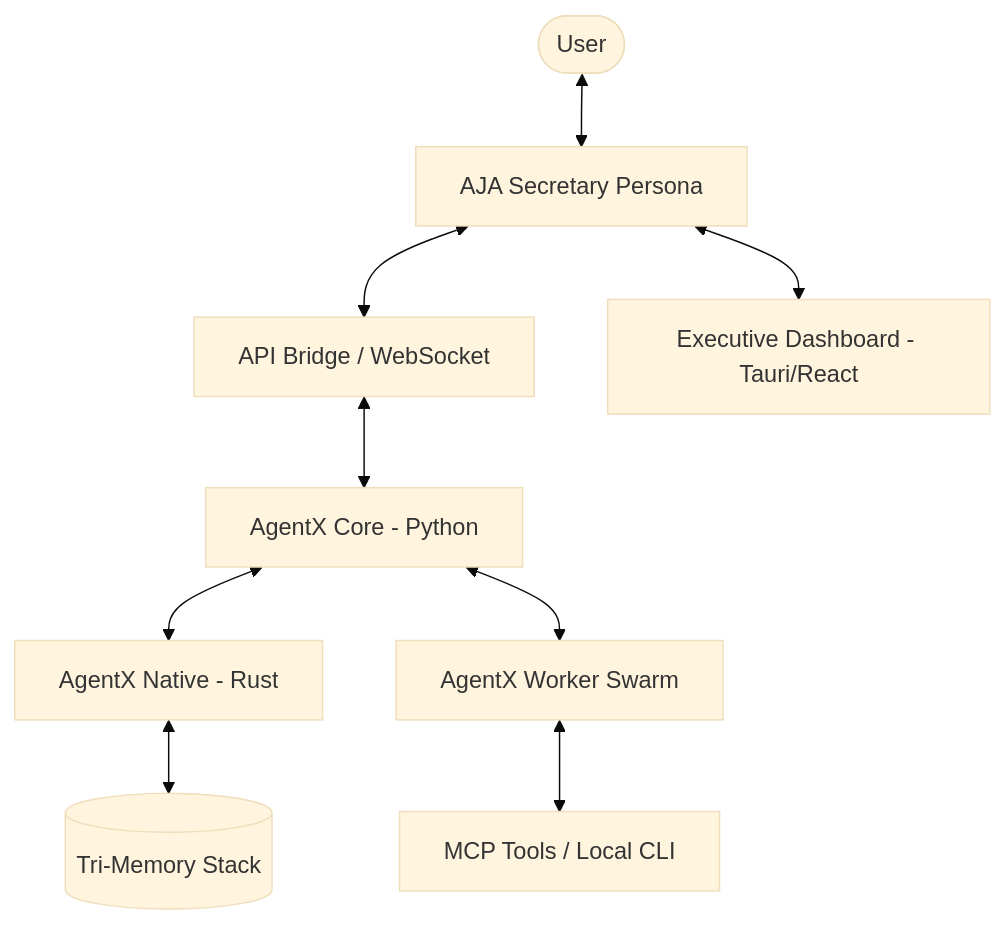
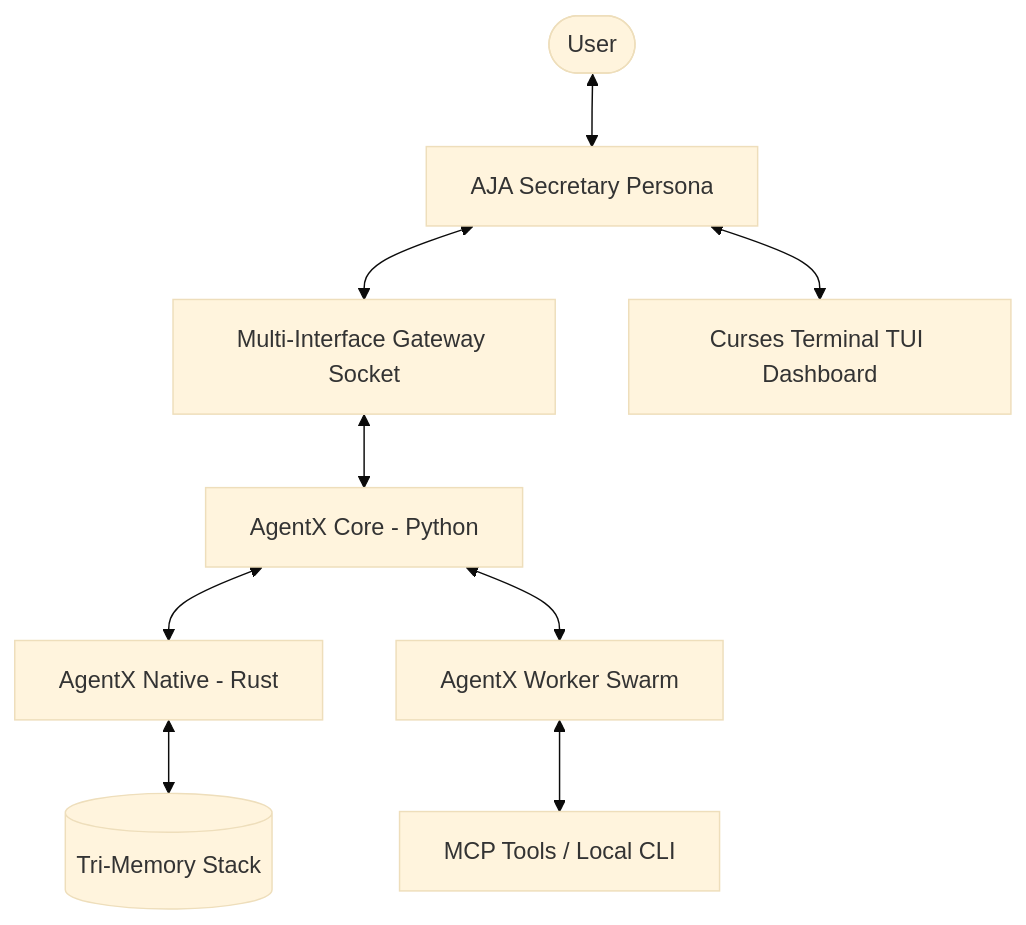
Before and after one commit to anixes/AJA: the diagram in docs/ARCHITECTURE.md, drawn with Mermaid (base theme). The commit also changed other lines of this file and 91 other files, not shown here.

Commit message:
feat(persona): upgrade AJA conversational assistant to natural hacker butler, clean hermes references, and update architecture documentation

````diff
--- a/docs/ARCHITECTURE.md
+++ b/docs/ARCHITECTURE.md
@@ -12,11 +14,11 @@
 ```mermaid
 graph TD
     User([User]) <--> AJA[AJA Secretary Persona]
-    AJA <--> Bridge[API Bridge / WebSocket]
-    Bridge <--> Core[AgentX Core - Python]
+    AJA <--> Gateway[Multi-Interface Gateway Socket]
+    Gateway <--> Core[AgentX Core - Python]
     Core <--> Native[AgentX Native - Rust]
     Native <--> Memory[(Tri-Memory Stack)]
     Core <--> Swarm[AgentX Worker Swarm]
     Swarm <--> Tools[MCP Tools / Local CLI]
-    AJA <--> Dash[Executive Dashboard - Tauri/React]
+    AJA <--> TUI[Curses Terminal TUI Dashboard]
 ```
````
